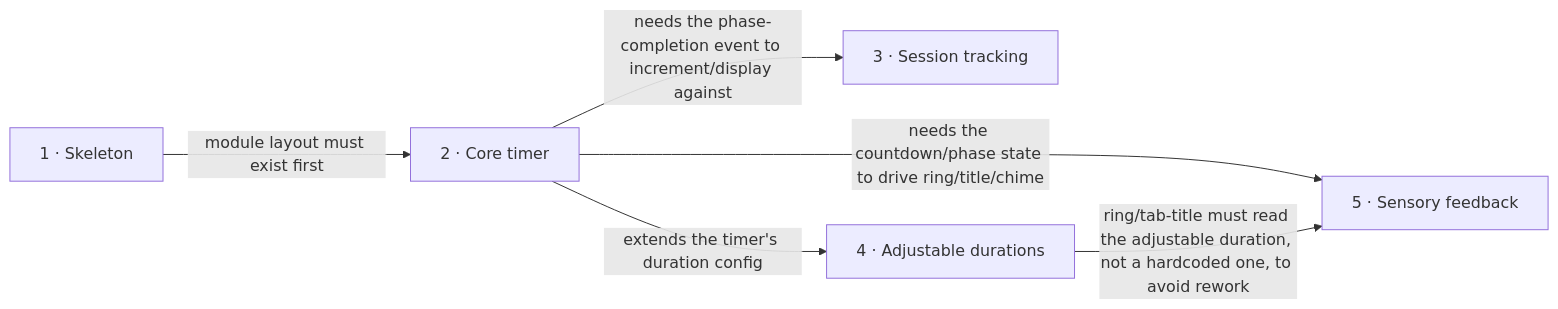
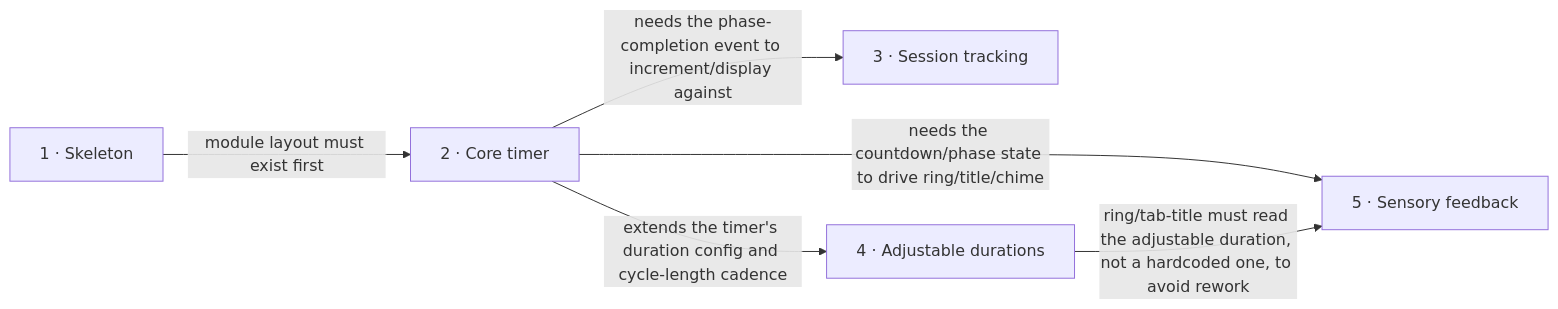
One commit to skush/pomodoro changed the diagram in docs/roadmap.md. Above: the diagram before and after it, drawn with Mermaid. The commit also changed other lines of this file and 3 other files, not shown here.

````diff
--- a/docs/roadmap.md
+++ b/docs/roadmap.md
@@ -54,8 +54,8 @@
 ```mermaid
 flowchart LR
   s1["1 · Skeleton"] -->|module layout must exist first| s2["2 · Core timer"]
   s2 -->|needs the phase-completion event to increment/display against| s3["3 · Session tracking"]
-  s2 -->|extends the timer's duration config| s4["4 · Adjustable durations"]
+  s2 -->|extends the timer's duration config and cycle-length cadence| s4["4 · Adjustable durations"]
   s2 -->|needs the countdown/phase state to drive ring/title/chime| s5["5 · Sensory feedback"]
   s4 -->|ring/tab-title must read the adjustable duration, not a hardcoded one, to avoid rework| s5
 ```
````
